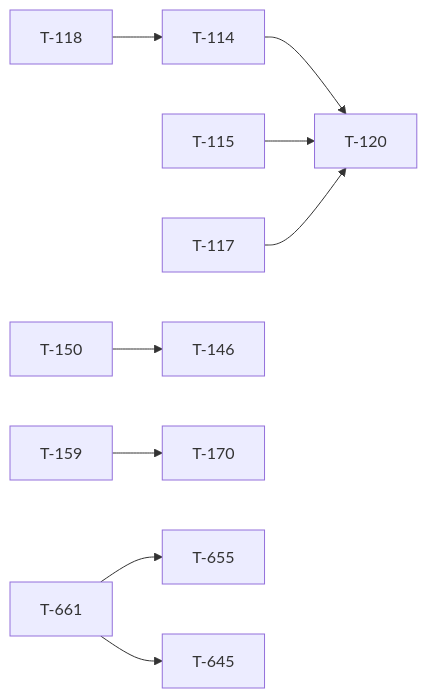
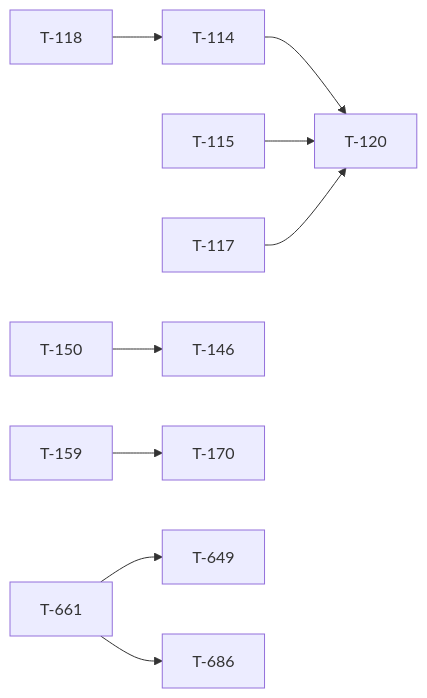
Before and after one commit to darkforce09/TBD-reforger: the diagram in docs/TICKET_LEAD.md, drawn with Mermaid. The commit also changed other lines of this file and 8 other files, not shown here.

````diff
--- a/docs/TICKET_LEAD.md
+++ b/docs/TICKET_LEAD.md
@@ -28,11 +28,11 @@
 ```mermaid
 flowchart LR
   T118[T-118] --> T114[T-114]
   T114[T-114] --> T120[T-120]
   T115[T-115] --> T120[T-120]
   T117[T-117] --> T120[T-120]
   T150[T-150] --> T146[T-146]
   T159[T-159] --> T170[T-170]
-  T661[T-661] --> T655[T-655]
-  T661[T-661] --> T645[T-645]
+  T661[T-661] --> T649[T-649]
+  T661[T-661] --> T686[T-686]
 ```
````
